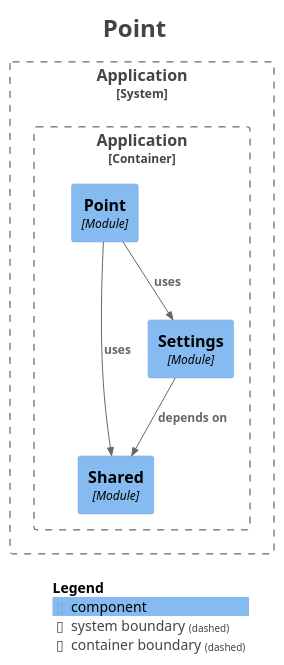
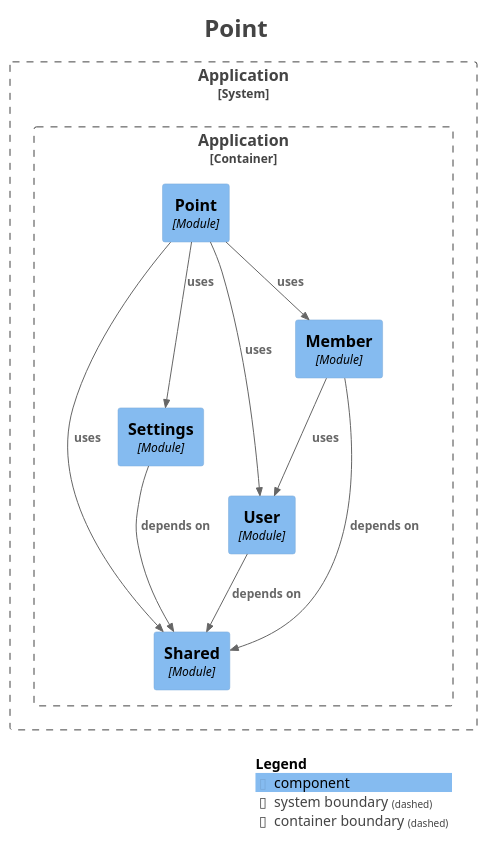
Before and after one commit to kanghouchao/Kizuna: the diagram in backend/docs/modulith/module-point.puml, drawn with PlantUML. The commit also changed 18 other files, not shown here.

```diff
--- a/backend/docs/modulith/module-point.puml
+++ b/backend/docs/modulith/module-point.puml
@@ -1,33 +1,40 @@
 @startuml
 title <size:24>Point</size>
 
 set separator none
 top to bottom direction
 
 <style>
   root {
     BackgroundColor: #ffffff
     FontColor: #444444
   }
 </style>
 
 !include <C4/C4>
 !include <C4/C4_Context>
 !include <C4/C4_Component>
 
 System_Boundary("Application_boundary", "Application", $tags="") {
   Container_Boundary("Application.Application_boundary", "Application", $tags="") {
     Component(Application.Application.Point, "Point", $techn="Module", $descr="", $tags="", $link="")
     Component(Application.Application.Shared, "Shared", $techn="Module", $descr="", $tags="", $link="")
     Component(Application.Application.Settings, "Settings", $techn="Module", $descr="", $tags="", $link="")
+    Component(Application.Application.User, "User", $techn="Module", $descr="", $tags="", $link="")
+    Component(Application.Application.Member, "Member", $techn="Module", $descr="", $tags="", $link="")
   }
 
 }
 
+Rel(Application.Application.User, Application.Application.Shared, "depends on", $techn="", $tags="", $link="")
+Rel(Application.Application.Settings, Application.Application.Shared, "depends on", $techn="", $tags="", $link="")
+Rel(Application.Application.Member, Application.Application.Shared, "depends on", $techn="", $tags="", $link="")
+Rel(Application.Application.Member, Application.Application.User, "uses", $techn="", $tags="", $link="")
+Rel(Application.Application.Point, Application.Application.User, "uses", $techn="", $tags="", $link="")
+Rel(Application.Application.Point, Application.Application.Member, "uses", $techn="", $tags="", $link="")
+Rel(Application.Application.Point, Application.Application.Shared, "uses", $techn="", $tags="", $link="")
 Rel(Application.Application.Point, Application.Application.Settings, "uses", $techn="", $tags="", $link="")
-Rel(Application.Application.Point, Application.Application.Shared, "uses", $techn="", $tags="", $link="")
-Rel(Application.Application.Settings, Application.Application.Shared, "depends on", $techn="", $tags="", $link="")
 
 SHOW_LEGEND(true)
 hide stereotypes
 @enduml
```
